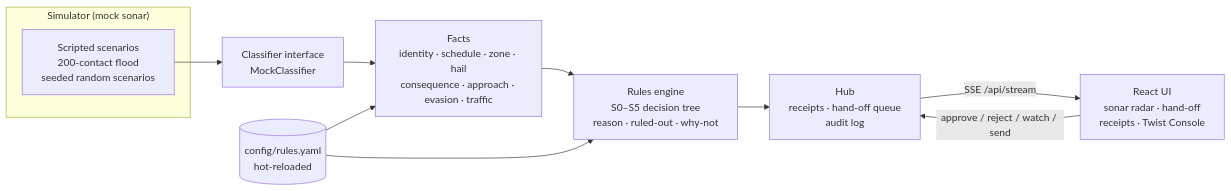
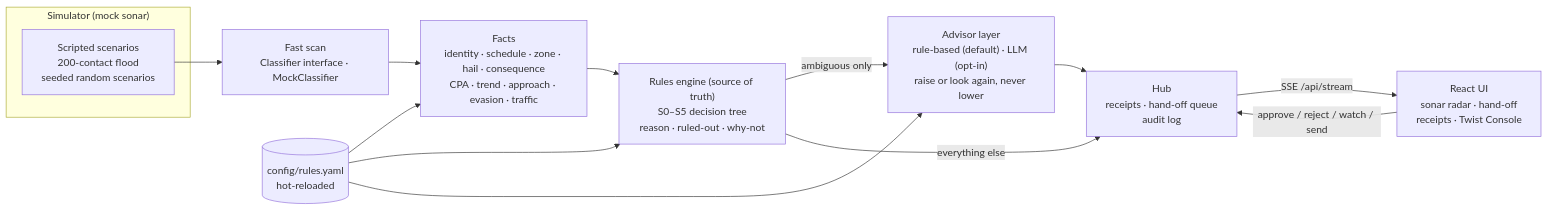
Before and after one commit to kaushik-lankoji/quietwater: the first of 2 diagrams in README.md, drawn with Mermaid. The commit also changed other lines of this file and 4 other files, not shown here.

Commit message:
Report the pipeline audit and document the advisor, CPA and jurisdictions

````diff
--- a/README.md
+++ b/README.md
@@ -45,14 +45,17 @@
 ```mermaid
 flowchart LR
   subgraph SIM["Simulator (mock sonar)"]
     SC["Scripted scenarios<br/>200-contact flood<br/>seeded random scenarios"]
   end
-  SC --> CL["Classifier interface<br/>MockClassifier"]
-  CL --> FA["Facts<br/>identity · schedule · zone · hail<br/>consequence · approach · evasion · traffic"]
+  SC --> CL["Fast scan<br/>Classifier interface · MockClassifier"]
+  CL --> FA["Facts<br/>identity · schedule · zone · hail · consequence<br/>CPA · trend · approach · evasion · traffic"]
   RY[("config/rules.yaml<br/>hot-reloaded")] --> FA
   RY --> EN
-  FA --> EN["Rules engine<br/>S0–S5 decision tree<br/>reason · ruled-out · why-not"]
-  EN --> HUB["Hub<br/>receipts · hand-off queue<br/>audit log"]
+  RY --> AD
+  FA --> EN["Rules engine (source of truth)<br/>S0–S5 decision tree<br/>reason · ruled-out · why-not"]
+  EN -- "ambiguous only" --> AD["Advisor layer<br/>rule-based (default) · LLM (opt-in)<br/>raise or look again, never lower"]
+  EN -- "everything else" --> HUB
+  AD --> HUB["Hub<br/>receipts · hand-off queue<br/>audit log"]
   HUB -- "SSE /api/stream" --> UI["React UI<br/>sonar radar · hand-off<br/>receipts · Twist Console"]
   UI -- "approve / reject / watch / send" --> HUB
 ```
````
